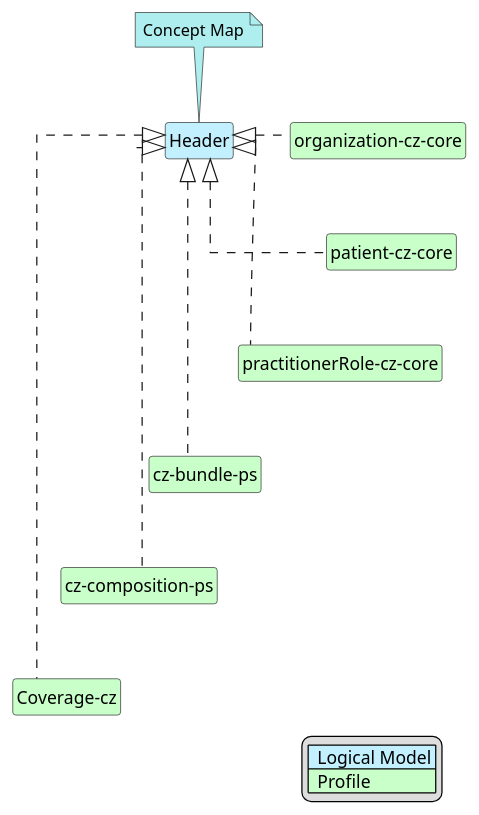
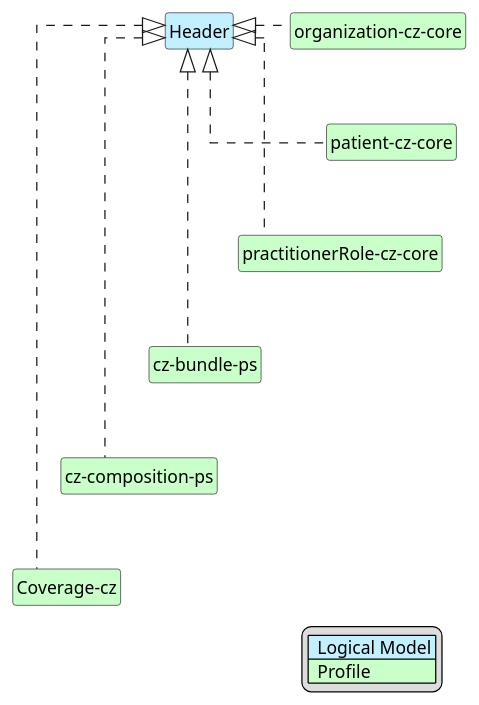
Before and after one commit to HL7-cz/ps: the diagram in input/images-source/PS_Header-map.plantuml, drawn with PlantUML. The commit also changed 12 other files, not shown here.

Commit message:
update plantuml

```diff
--- a/input/images-source/PS_Header-map.plantuml
+++ b/input/images-source/PS_Header-map.plantuml
@@ -1,36 +1,36 @@
 @startuml PS_Header-map
 hide circle
 hide stereotype
 hide members
 hide methods
 skinparam linetype ortho
 skinparam class {
 BackgroundColor<<LogicalModel>> #APPLICATION
 BackgroundColor<<Profile>> #TECHNOLOGY
 }
 legend right
 | <#APPLICATION>  Logical Model |
 | <#TECHNOLOGY>  Profile |
 endlegend
 class "Header" <<LogicalModel>> [[StructureDefinition-LogHeaderPSCz.html]]
-note top #PaleTurquoise [[ConceptMap-HeaderToFHIR-cz-ps.html]]
-Concept Map
-endnote
+' note top #PaleTurquoise [[ConceptMap-HeaderToFHIR-cz-ps.html]]
+' Concept Map
+' endnote
 class "organization-cz-core" <<Profile>> [[https://build.fhir.org/ig/HL7-cz/cz-core/StructureDefinition-cz-organization-core.html]]
 "Header" <|. "organization-cz-core"
 class "patient-cz-core" <<Profile>> [[https://build.fhir.org/ig/HL7-cz/cz-core/StructureDefinition-cz-patient-core.html]]
 "Header" <|. "patient-cz-core"
 "organization-cz-core" -d[hidden]-> "patient-cz-core"
 class "practitionerRole-cz-core" <<Profile>> [[https://build.fhir.org/ig/HL7-cz/cz-core/StructureDefinition-cz-practitionerrole-core.html]]
 "Header" <|. "practitionerRole-cz-core"
 "patient-cz-core" -d[hidden]-> "practitionerRole-cz-core"
 class "cz-bundle-ps" <<Profile>> [[StructureDefinition-cz-bundle-ps.html]]
 "Header" <|. "cz-bundle-ps"
 "practitionerRole-cz-core" -d[hidden]-> "cz-bundle-ps"
 class "cz-composition-ps" <<Profile>> [[StructureDefinition-cz-composition-ps.html]]
 "Header" <|. "cz-composition-ps"
 "cz-bundle-ps" -d[hidden]-> "cz-composition-ps"
 class "Coverage-cz" <<Profile>> [[https://build.fhir.org/ig/HL7-cz/cz-core/StructureDefinition-cz-coverage.html]]
 "Header" <|. "Coverage-cz"
 "cz-composition-ps" -d[hidden]-> "Coverage-cz"
 @enduml
```
